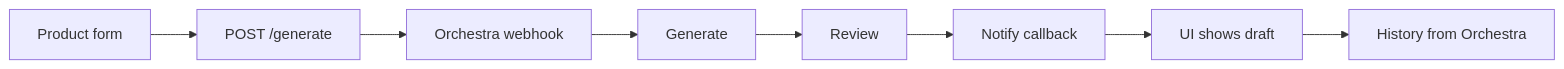
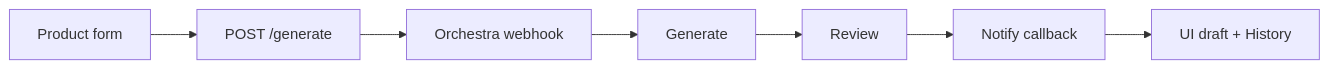
Before and after one commit to barbimt/ai-product-content-studio: the diagram in README.md, drawn with Mermaid. The commit also changed other lines of this file and 6 other files, not shown here.

````diff
--- a/README.md
+++ b/README.md
@@ -19,10 +11,9 @@
 ```mermaid
 flowchart LR
     A[Product form] --> B[POST /generate]
     B --> C[Orchestra webhook]
     C --> D[Generate]
     D --> E[Review]
     E --> F[Notify callback]
-    F --> G[UI shows draft]
-    G --> H[History from Orchestra]
+    F --> G[UI draft + History]
 ```
````
